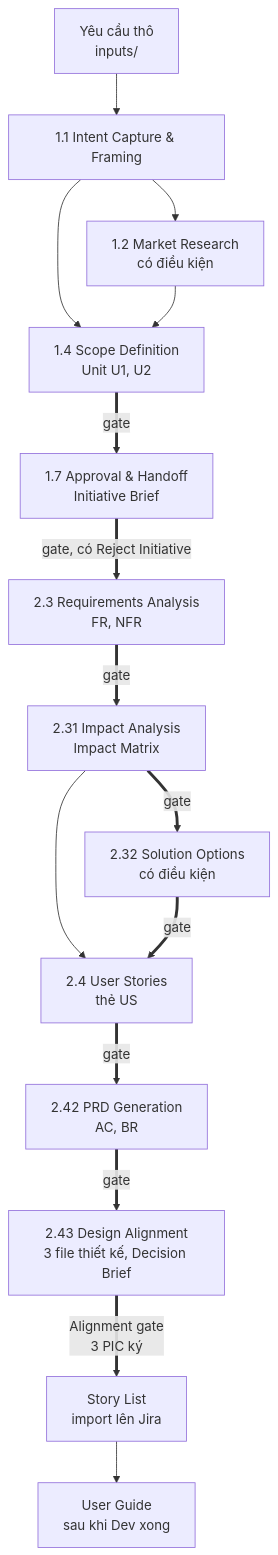
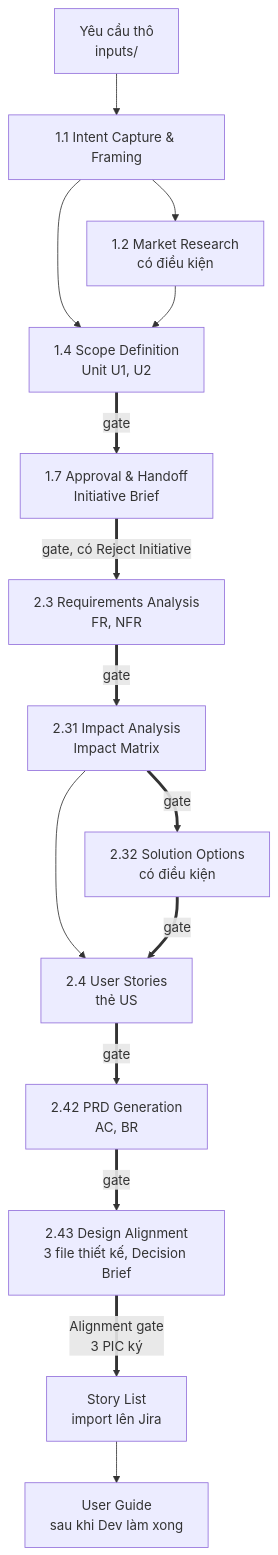
Before and after one commit to sonhero981/upbase-specs-test: the first of 2 diagrams in README.md, drawn with Mermaid. The commit also changed other lines of this file and 9 other files, not shown here.

````diff
--- a/README.md
+++ b/README.md
@@ -106,17 +106,17 @@
 ```mermaid
 flowchart TD
     IN["Yêu cầu thô<br/>inputs/"] --> S11["1.1 Intent Capture & Framing"]
     S11 --> S12["1.2 Market Research<br/>có điều kiện"]
     S11 --> S14["1.4 Scope Definition<br/>Unit U1, U2"]
     S12 --> S14
     S14 ==>|"gate"| S17["1.7 Approval & Handoff<br/>Initiative Brief"]
     S17 ==>|"gate, có Reject Initiative"| S23["2.3 Requirements Analysis<br/>FR, NFR"]
     S23 ==>|"gate"| S231["2.31 Impact Analysis<br/>Impact Matrix"]
     S231 ==>|"gate"| S232["2.32 Solution Options<br/>có điều kiện"]
     S231 --> S24
     S232 ==>|"gate"| S24["2.4 User Stories<br/>thẻ US"]
     S24 ==>|"gate"| S242["2.42 PRD Generation<br/>AC, BR"]
     S242 ==>|"gate"| S243["2.43 Design Alignment<br/>3 file thiết kế, Decision Brief"]
     S243 ==>|"Alignment gate<br/>3 PIC ký"| ST["Story List<br/>import lên Jira"]
-    ST --> UG["User Guide<br/>sau khi Dev xong"]
+    ST --> UG["User Guide<br/>sau khi Dev làm xong"]
 ```
````
